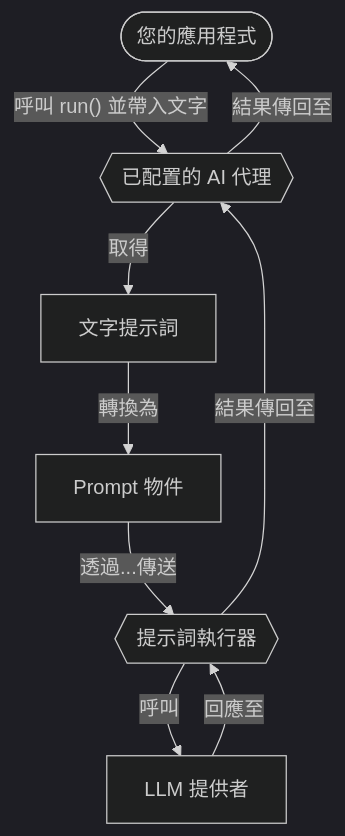
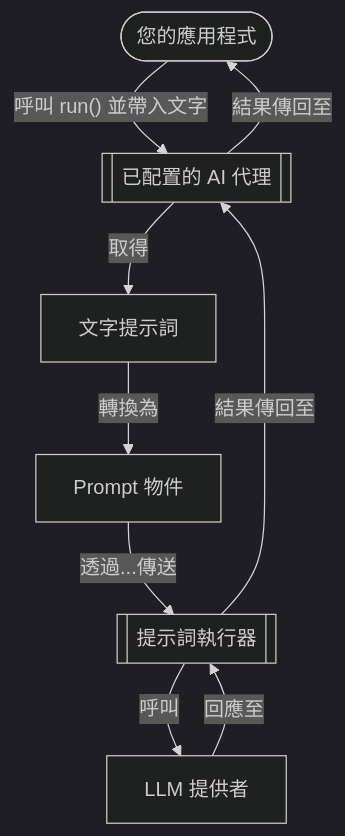
The second of 2 diagrams in docs/zh-Hant/koog/prompts/index.md (BinaryTape/Open-Docs), drawn with Mermaid (dark theme) before and after one commit. The commit also changed 41 other files, not shown here.

````diff
--- a/docs/zh-Hant/koog/prompts/index.md
+++ b/docs/zh-Hant/koog/prompts/index.md
@@ -177,18 +177,18 @@
 ```mermaid
 flowchart TB
     A([您的應用程式])
-    B{{已配置的 AI 代理}}
+    B[[已配置的 AI 代理]]
     C["文字提示詞"]
     D["Prompt 物件"]
-    E{{提示詞執行器}}
+    E[[提示詞執行器]]
     F[LLM 提供者]
 
     A -->|"呼叫 run() 並帶入文字"| B
     B -->|"取得"| C
     C -->|"轉換為"| D
     D -->|"透過...傳送"| E
     E -->|"呼叫"| F
     F -->|"回應至"| E
     E -->|"結果傳回至"| B
     B -->|"結果傳回至"| A
 ```
````
